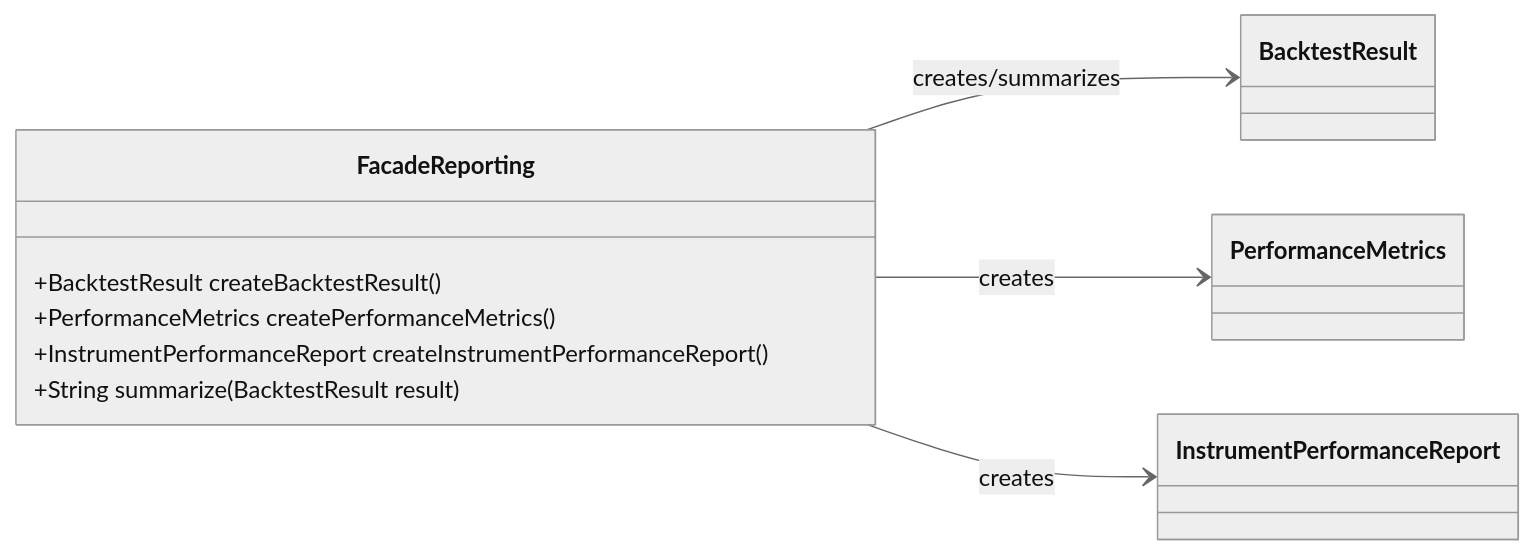
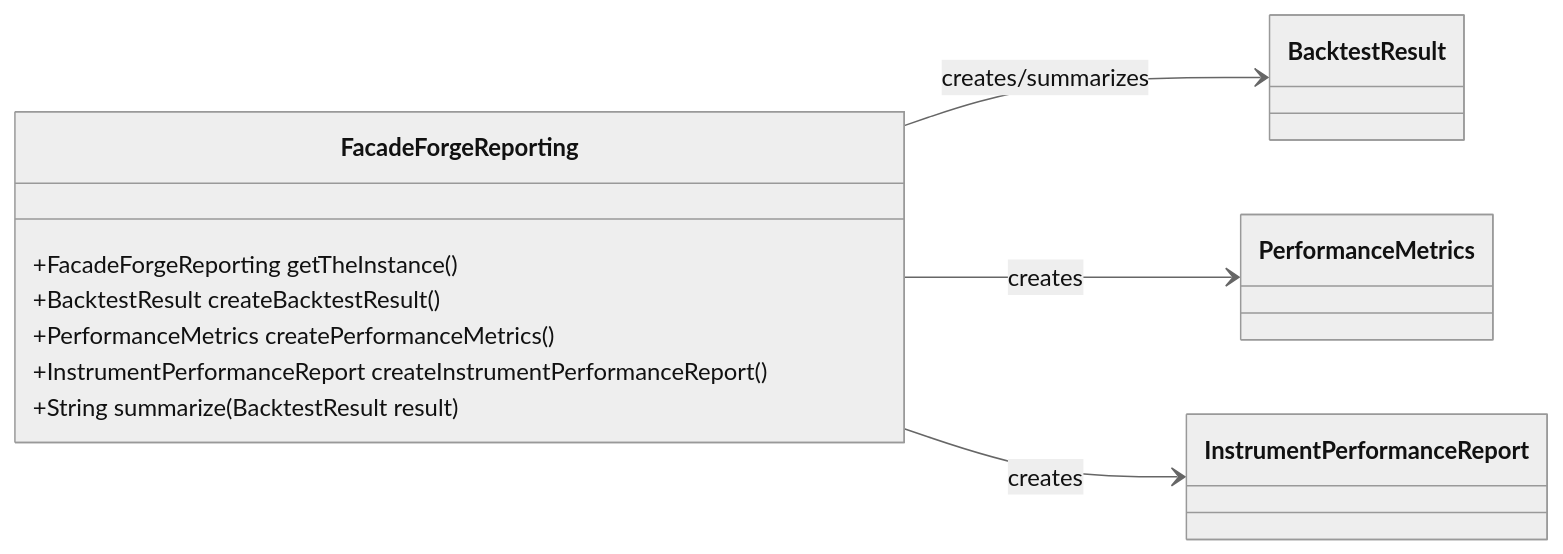
Diagram 11 of 12 in class-model.md (probst-paul/FORGE), drawn with Mermaid (neutral theme) before and after one commit. The commit also changed other lines of this file and 13 other files, not shown here.

First line of the commit message:
Rename facades to FacadeForge* and add singletons

````diff
--- a/class-model.md
+++ b/class-model.md
@@ -460,19 +467,20 @@
 ```mermaid
 classDiagram
     direction LR
 
-    class FacadeReporting {
+    class FacadeForgeReporting {
+        +FacadeForgeReporting getTheInstance()
         +BacktestResult createBacktestResult()
         +PerformanceMetrics createPerformanceMetrics()
         +InstrumentPerformanceReport createInstrumentPerformanceReport()
         +String summarize(BacktestResult result)
     }
 
     class BacktestResult
     class PerformanceMetrics
     class InstrumentPerformanceReport
 
-    FacadeReporting --> BacktestResult : creates/summarizes
-    FacadeReporting --> PerformanceMetrics : creates
-    FacadeReporting --> InstrumentPerformanceReport : creates
+    FacadeForgeReporting --> BacktestResult : creates/summarizes
+    FacadeForgeReporting --> PerformanceMetrics : creates
+    FacadeForgeReporting --> InstrumentPerformanceReport : creates
 ```
````
